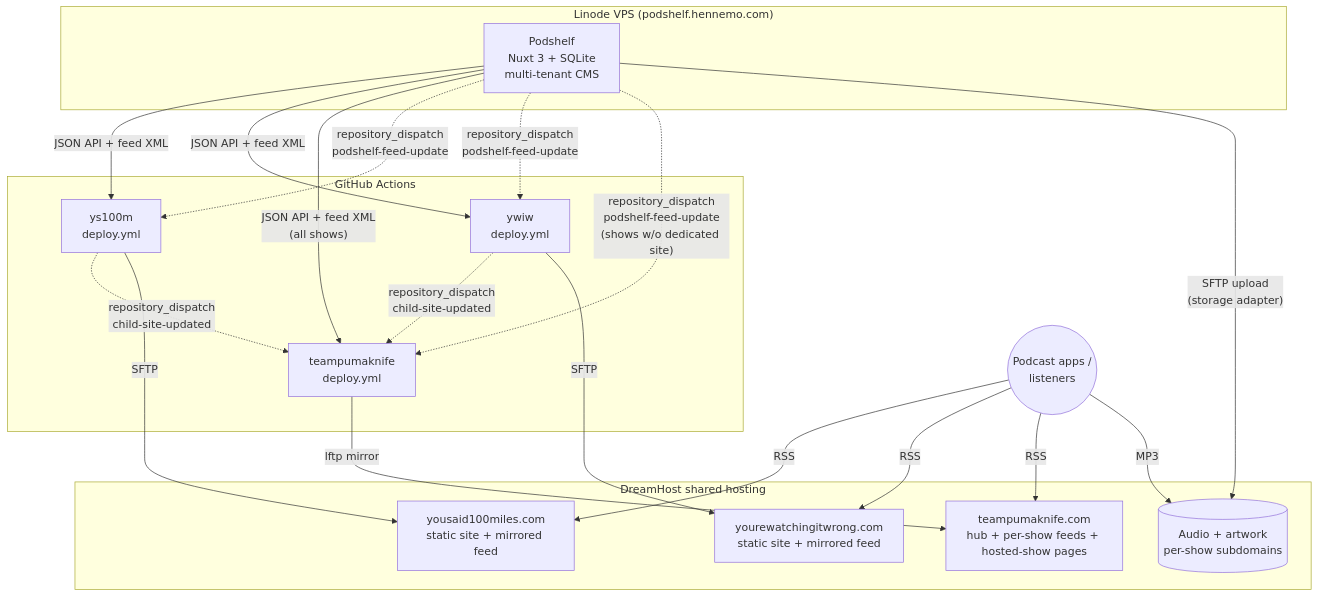
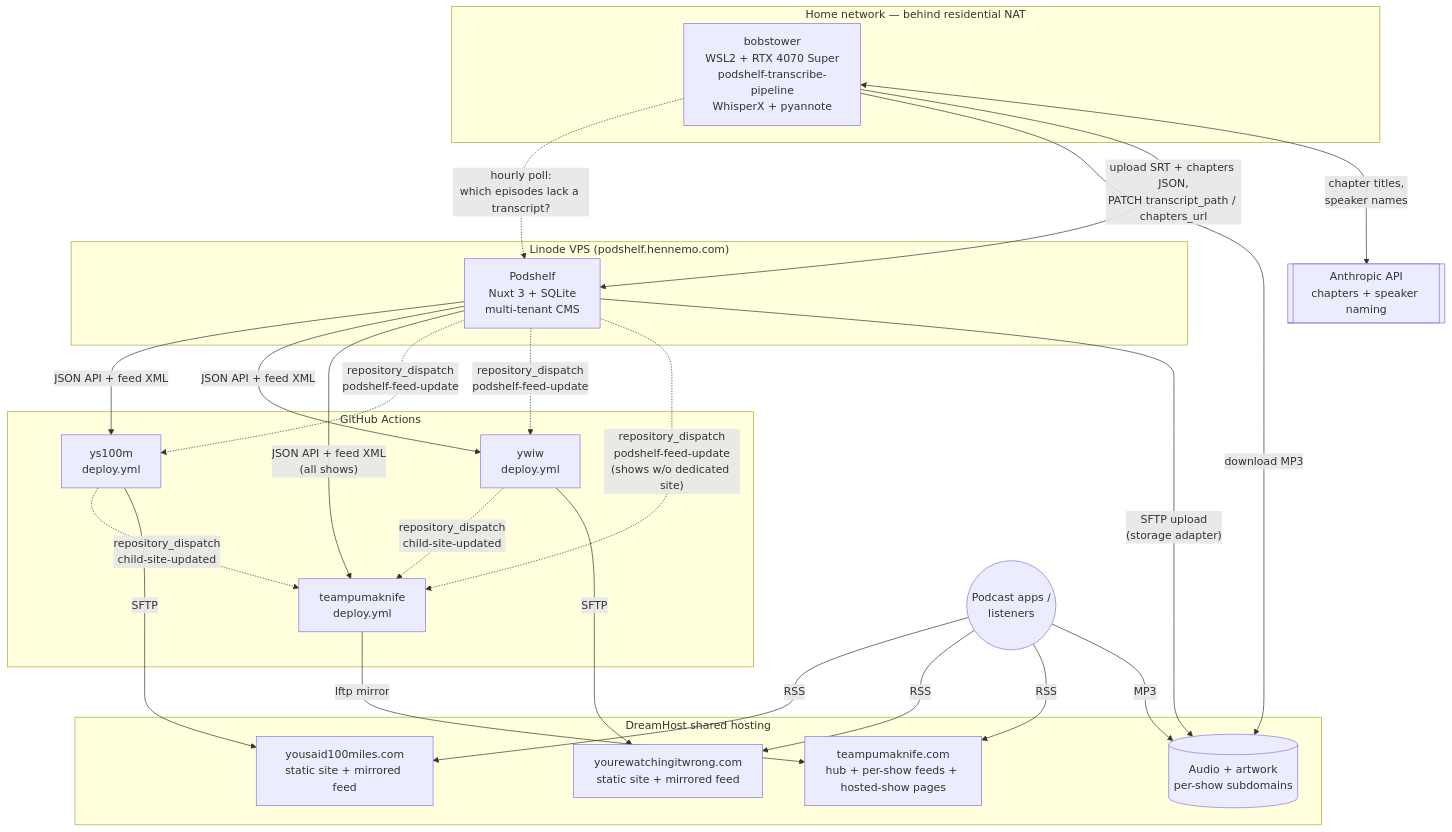
The diagram in docs/architecture.md (bhenne22/podshelf), drawn with Mermaid before and after one commit. The commit also changed other lines of this file, not shown here.

````diff
--- a/docs/architecture.md
+++ b/docs/architecture.md
@@ -74,47 +81,59 @@
 ```mermaid
 flowchart TB
     Listener((Podcast apps /<br/>listeners))
 
     subgraph Linode["Linode VPS (podshelf.hennemo.com)"]
         PS[Podshelf<br/>Nuxt 3 + SQLite<br/>multi-tenant CMS]
     end
 
     subgraph GH["GitHub Actions"]
         WF_YS[ys100m<br/>deploy.yml]
         WF_YW[ywiw<br/>deploy.yml]
         WF_TPK[teampumaknife<br/>deploy.yml]
     end
+
+    subgraph Home["Home network — behind residential NAT"]
+        GPU["bobstower<br/>WSL2 + RTX 4070 Super<br/>podshelf-transcribe-pipeline<br/>WhisperX + pyannote"]
+    end
+
+    ANTH[["Anthropic API<br/>chapters + speaker naming"]]
 
     subgraph DH["DreamHost shared hosting"]
         YS[yousaid100miles.com<br/>static site + mirrored feed]
         YW[yourewatchingitwrong.com<br/>static site + mirrored feed]
         TPK[teampumaknife.com<br/>hub + per-show feeds + hosted-show pages]
         AUDIO[(Audio + artwork<br/>per-show subdomains)]
     end
 
     %% Build-time data
     PS -- "JSON API + feed XML" --> WF_YS
     PS -- "JSON API + feed XML" --> WF_YW
     PS -- "JSON API + feed XML<br/>(all shows)" --> WF_TPK
 
     %% Dispatch chain
     PS -. "repository_dispatch<br/>podshelf-feed-update" .-> WF_YS
     PS -. "repository_dispatch<br/>podshelf-feed-update" .-> WF_YW
     PS -. "repository_dispatch<br/>podshelf-feed-update<br/>(shows w/o dedicated site)" .-> WF_TPK
     WF_YS -. "repository_dispatch<br/>child-site-updated" .-> WF_TPK
     WF_YW -. "repository_dispatch<br/>child-site-updated" .-> WF_TPK
 
     %% Deploys
     WF_YS -- "SFTP" --> YS
     WF_YW -- "SFTP" --> YW
     WF_TPK -- "lftp mirror" --> TPK
 
     %% Audio storage (Podshelf writes via SFTP storage adapter)
     PS -- "SFTP upload<br/>(storage adapter)" --> AUDIO
 
+    %% Transcription — pulls, because Podshelf cannot reach it through NAT
+    GPU -. "hourly poll:<br/>which episodes lack a transcript?" .-> PS
+    GPU -- "download MP3" --> AUDIO
+    GPU -- "upload SRT + chapters JSON,<br/>PATCH transcript_path / chapters_url" --> PS
+    GPU <-- "chapter titles,<br/>speaker names" --> ANTH
+
     %% Listener traffic — note Podshelf is NOT in this path
     Listener -- "RSS" --> YS
     Listener -- "RSS" --> YW
     Listener -- "RSS" --> TPK
     Listener -- "MP3" --> AUDIO
 ```
````
